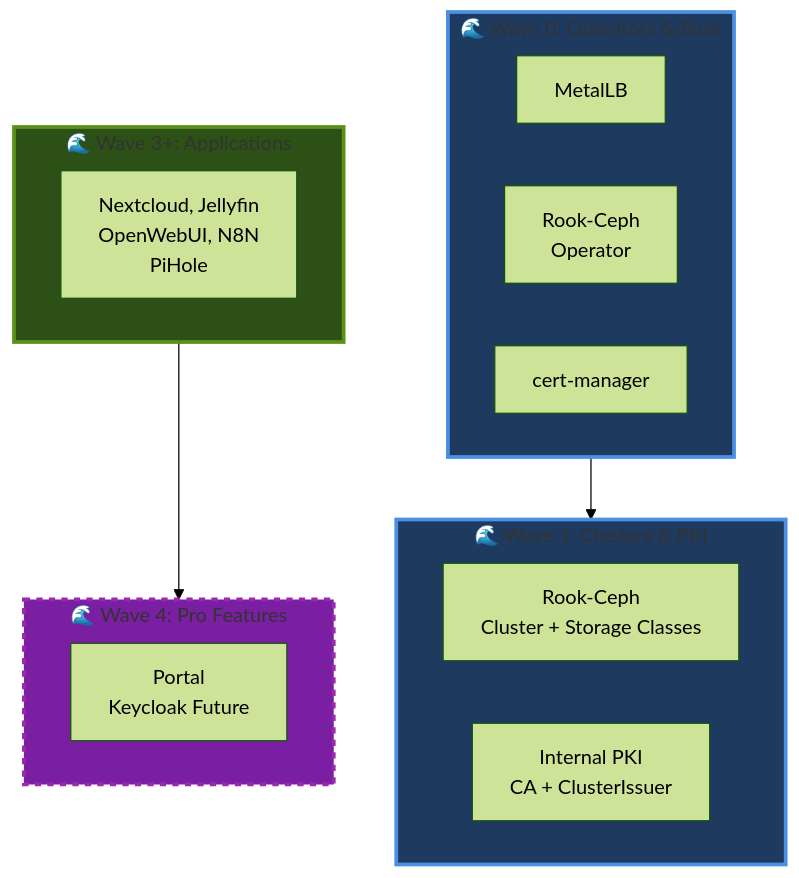
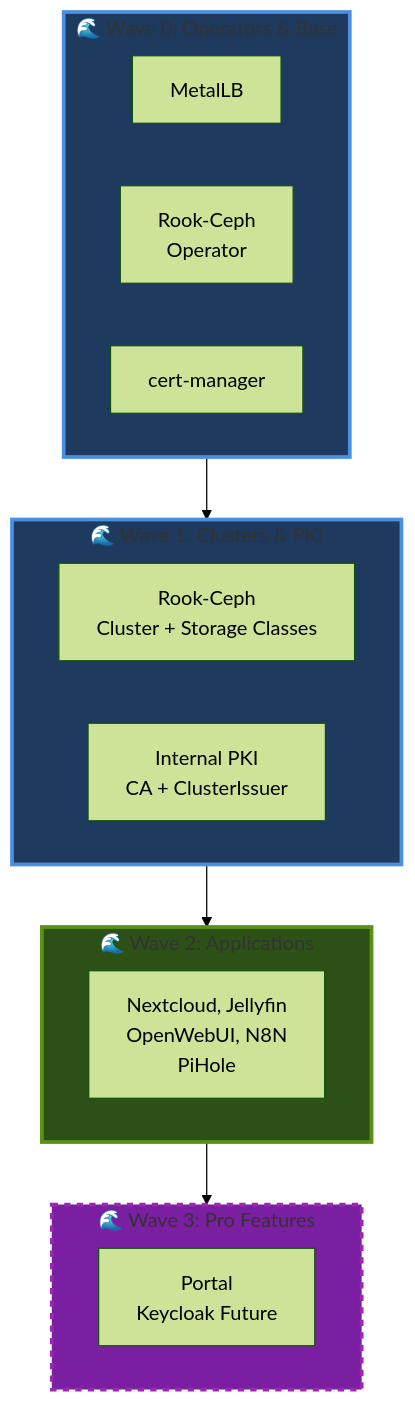
Before and after one commit to seadogger-tech/seadogger-homelab: the sixth of 6 diagrams in docs/wiki/05-GitOps-and-IaC.md, drawn with Mermaid (forest theme). The commit also changed other lines of this file and 8 other files, not shown here.

````diff
--- a/docs/wiki/05-GitOps-and-IaC.md
+++ b/docs/wiki/05-GitOps-and-IaC.md
@@ -406,29 +407,30 @@
 ```mermaid
 graph TD
     subgraph Wave0["🌊 Wave 0: Operators & Base"]
         MetalLB[MetalLB]
         RookOp[Rook-Ceph<br/>Operator]
         CertMgr[cert-manager]
     end
 
     subgraph Wave1["🌊 Wave 1: Clusters & PKI"]
         RookCluster[Rook-Ceph<br/>Cluster + Storage Classes]
         PKI[Internal PKI<br/>CA + ClusterIssuer]
     end
 
-    subgraph Wave3["🌊 Wave 3+: Applications"]
+    subgraph Wave2["🌊 Wave 2: Applications"]
         Apps[Nextcloud, Jellyfin<br/>OpenWebUI, N8N<br/>PiHole]
     end
 
-    subgraph WavePro["🌊 Wave 4: Pro Features"]
+    subgraph WavePro["🌊 Wave 3: Pro Features"]
         Pro[Portal<br/>Keycloak Future]
     end
 
     Wave0 --> Wave1
-    Wave3 --> WavePro
+    Wave1 --> Wave2
+    Wave2 --> WavePro
 
     style Wave0 fill:#1e3a5f,stroke:#4a90e2,stroke-width:3px
     style Wave1 fill:#1e3a5f,stroke:#4a90e2,stroke-width:3px
-    style Wave3 fill:#2d5016,stroke:#5a9216,stroke-width:3px
+    style Wave2 fill:#2d5016,stroke:#5a9216,stroke-width:3px
     style WavePro fill:#7b1fa2,stroke:#9c27b0,stroke-width:3px,stroke-dasharray: 5 5
 ```
````
